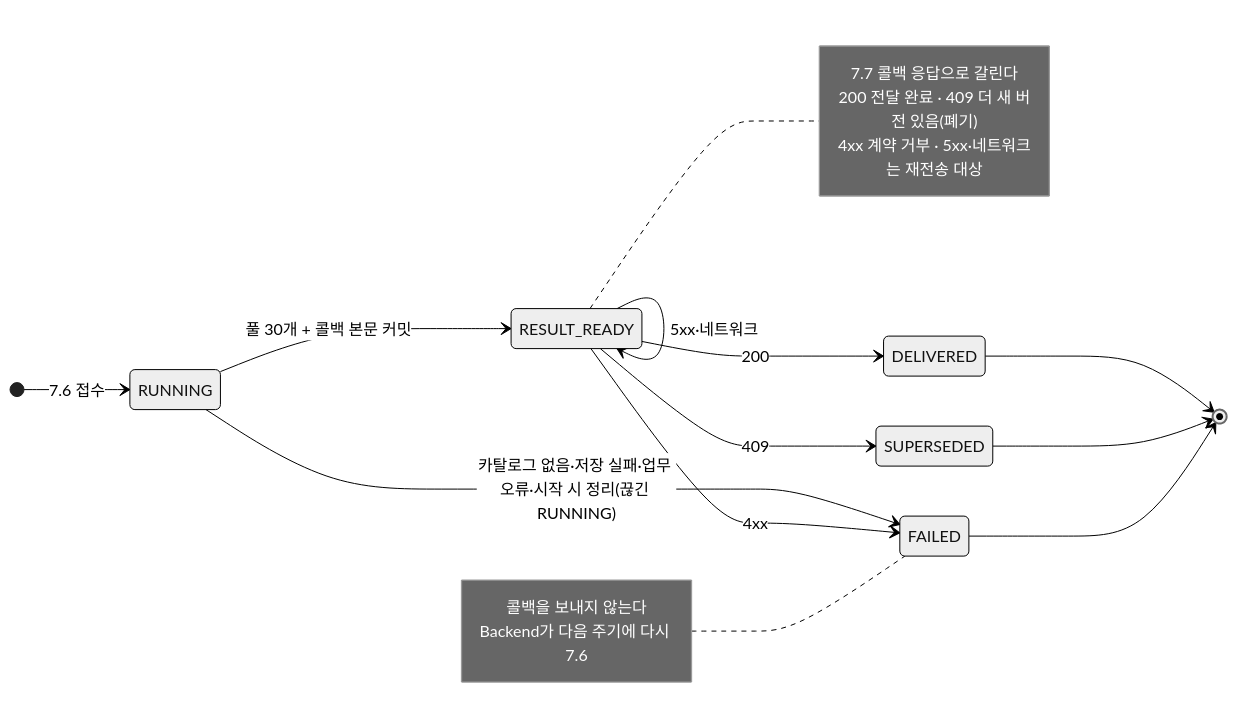
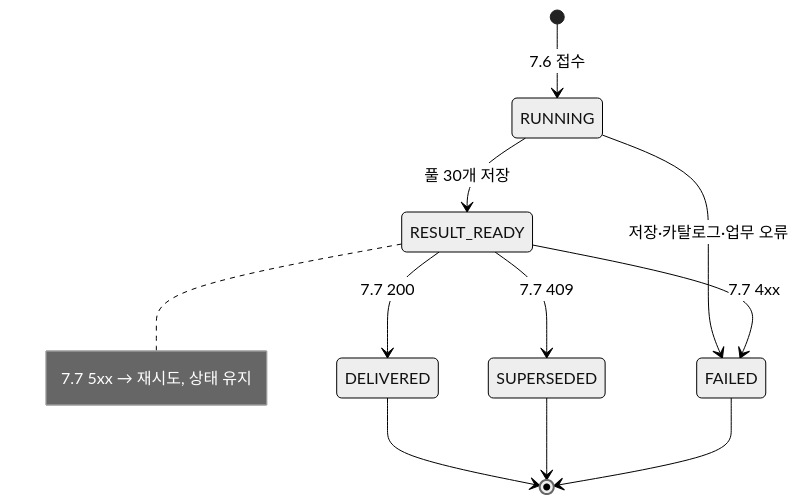
Before and after one commit to 100-hours-a-week/KTB4-12th-AI: the second of 3 diagrams in profiling/docs/DB_ERD.md, drawn with Mermaid (neutral theme). The commit also changed other lines of this file and 70 other files, not shown here.

````diff
--- a/profiling/docs/DB_ERD.md
+++ b/profiling/docs/DB_ERD.md
@@ -213,23 +213,13 @@
 ```mermaid
 stateDiagram-v2
-  direction LR
   [*] --> RUNNING : 7.6 접수
-  RUNNING --> RESULT_READY : 풀 30개 + 콜백 본문 커밋
-  RUNNING --> FAILED : 카탈로그 없음·저장 실패·업무 오류·시작 시 정리(끊긴 RUNNING)
-  RESULT_READY --> DELIVERED : 200
-  RESULT_READY --> SUPERSEDED : 409
-  RESULT_READY --> FAILED : 4xx
-  RESULT_READY --> RESULT_READY : 5xx·네트워크
-  note right of RESULT_READY
-    7.7 콜백 응답으로 갈린다
-    200 전달 완료 · 409 더 새 버전 있음(폐기)
-    4xx 계약 거부 · 5xx·네트워크는 재전송 대상
-  end note
-  note left of FAILED
-    콜백을 보내지 않는다
-    Backend가 다음 주기에 다시 7.6
-  end note
+  RUNNING --> RESULT_READY : 풀 30개 저장
+  RUNNING --> FAILED : 저장·카탈로그·업무 오류
+  RESULT_READY --> DELIVERED : 7.7 200
+  RESULT_READY --> SUPERSEDED : 7.7 409
+  RESULT_READY --> FAILED : 7.7 4xx
+  note right of RESULT_READY : 7.7 5xx → 재시도, 상태 유지
   DELIVERED --> [*]
   SUPERSEDED --> [*]
   FAILED --> [*]
 ```
````
